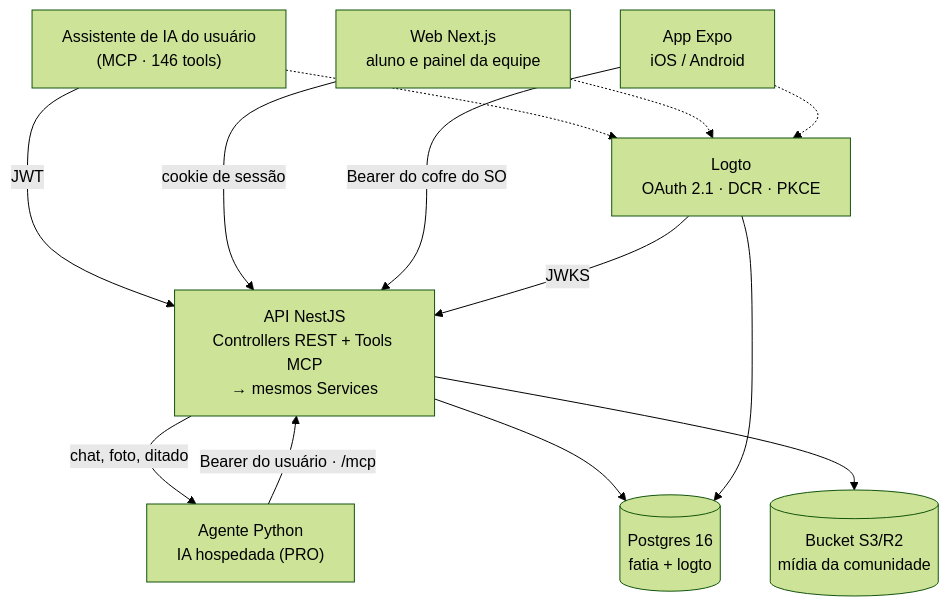
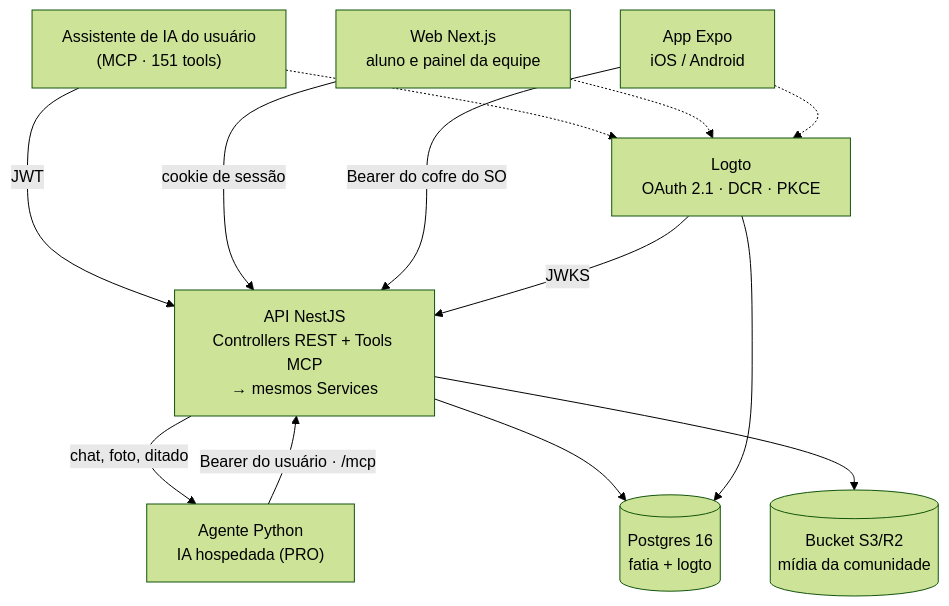
One commit to ThiagoCarreiraVallim/fatia changed the diagram in README.md. Above: the diagram before and after it, drawn with Mermaid (forest theme). The commit also changed other lines of this file and 7 other files, not shown here.

First line of the commit message:
docs(mcp): tools do plano recebido e da agenda, bloco de 3 a 6 semanas (#379)

````diff
--- a/README.md
+++ b/README.md
@@ -33,24 +33,24 @@
 ```mermaid
 flowchart TD
-    claude["Assistente de IA do usuário<br/>(MCP · 146 tools)"]
+    claude["Assistente de IA do usuário<br/>(MCP · 151 tools)"]
     pwa["Web Next.js<br/>aluno e painel da equipe"]
     mobile["App Expo<br/>iOS / Android"]
     agent["Agente Python<br/>IA hospedada (PRO)"]
     logto["Logto<br/>OAuth 2.1 · DCR · PKCE"]
     api["API NestJS<br/>Controllers REST + Tools MCP<br/>→ mesmos Services"]
     pg[("Postgres 16<br/>fatia + logto")]
     s3[("Bucket S3/R2<br/>mídia da comunidade")]
 
     claude -- "JWT" --> api
     pwa -- "cookie de sessão" --> api
     mobile -- "Bearer do cofre do SO" --> api
     api -- "chat, foto, ditado" --> agent
     agent -- "Bearer do usuário · /mcp" --> api
     claude -.-> logto
     pwa -.-> logto
     mobile -.-> logto
     logto -- "JWKS" --> api
     api --> pg
     api --> s3
     logto --> pg
 ```
````
